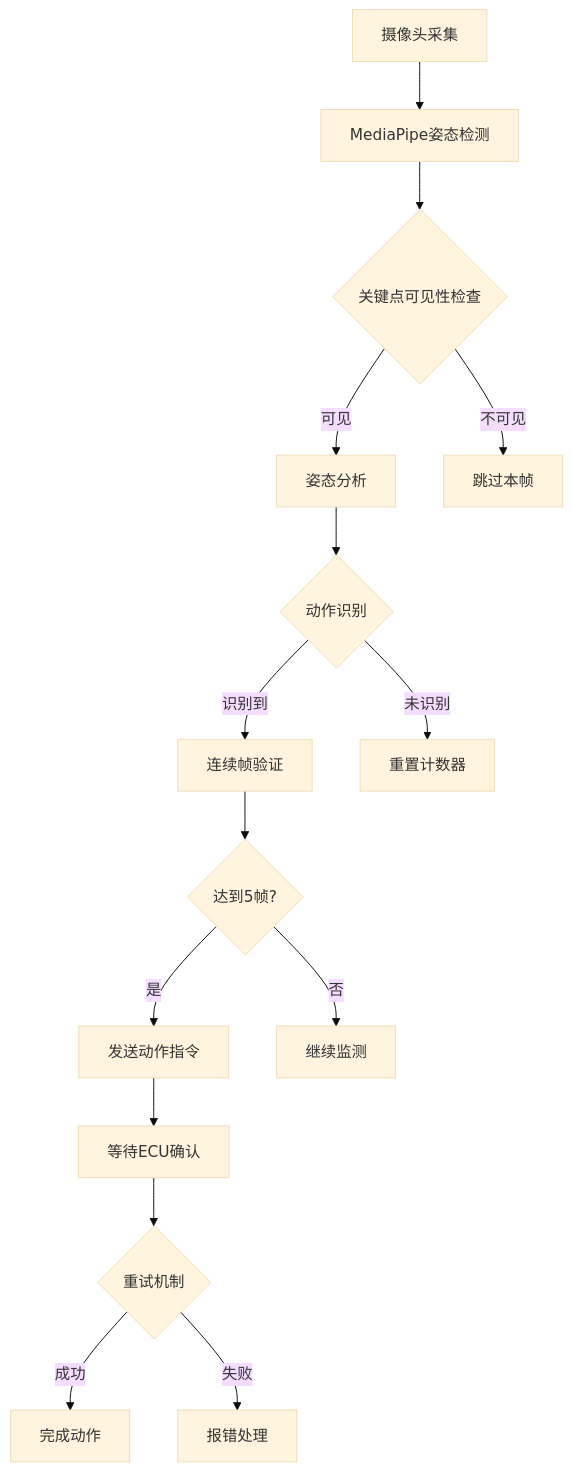
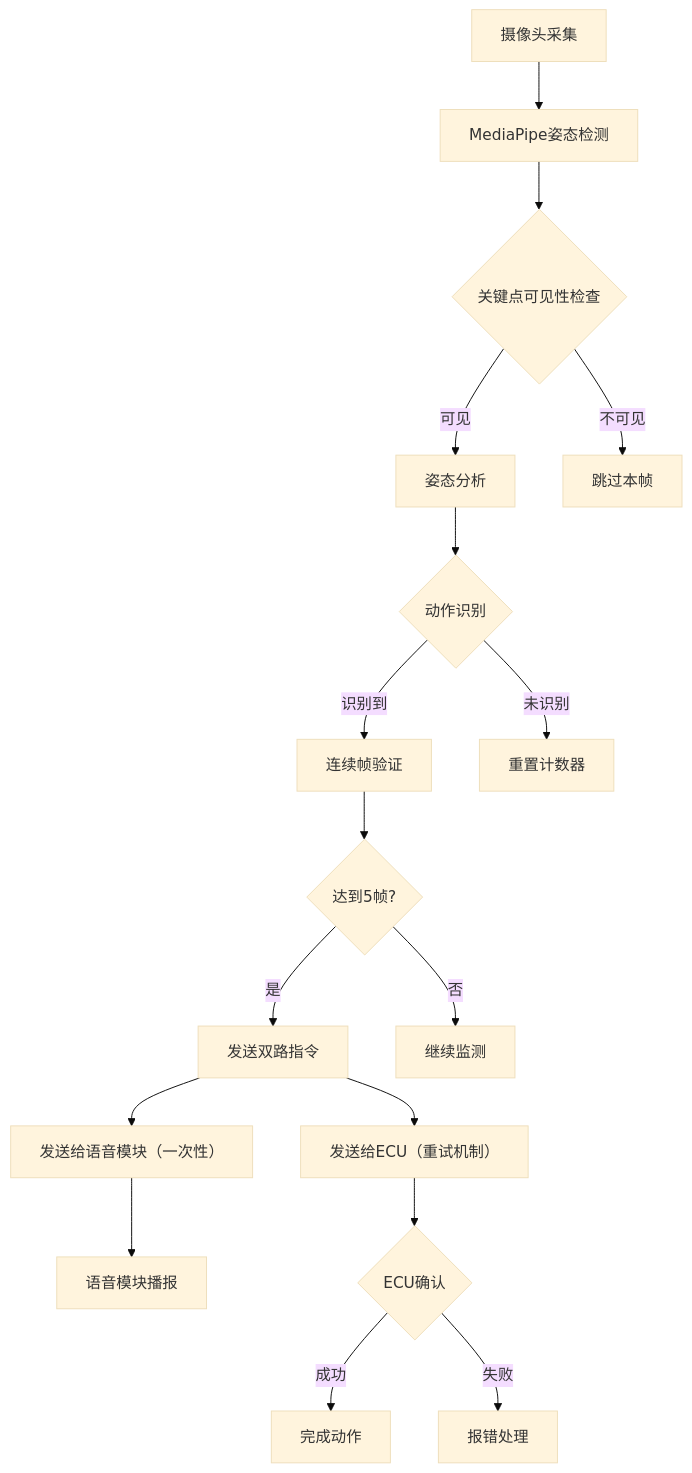
Before and after one commit to AlexanderTsui/DanceRobot_final: the second of 3 diagrams in 项目运行过程详解.md, drawn with Mermaid (base theme). The commit also changed other lines of this file and 10 other files, not shown here.

````diff
--- a/项目运行过程详解.md
+++ b/项目运行过程详解.md
@@ -268,17 +306,19 @@
 ```mermaid
 flowchart TD
     A[摄像头采集] --> B[MediaPipe姿态检测]
     B --> C{关键点可见性检查}
     C -->|可见| D[姿态分析]
     C -->|不可见| E[跳过本帧]
     D --> F{动作识别}
     F -->|识别到| G[连续帧验证]
     F -->|未识别| H[重置计数器]
     G --> I{达到5帧?}
-    I -->|是| J[发送动作指令]
+    I -->|是| J[发送双路指令]
     I -->|否| K[继续监测]
-    J --> L[等待ECU确认]
-    L --> M{重试机制}
-    M -->|成功| N[完成动作]
-    M -->|失败| O[报错处理]
+    J --> L[发送给语音模块（一次性）]
+    J --> M[发送给ECU（重试机制）]
+    L --> N[语音模块播报]
+    M --> O{ECU确认}
+    O -->|成功| P[完成动作]
+    O -->|失败| Q[报错处理]
 ```
````
